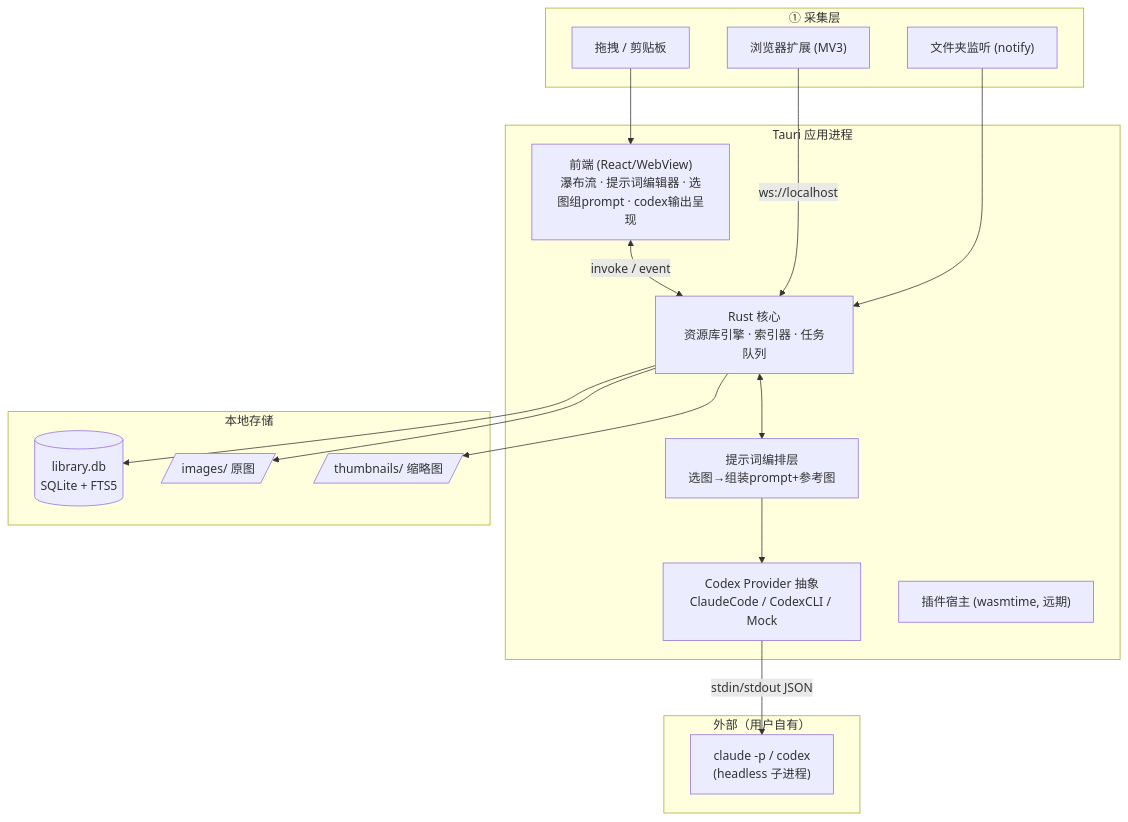
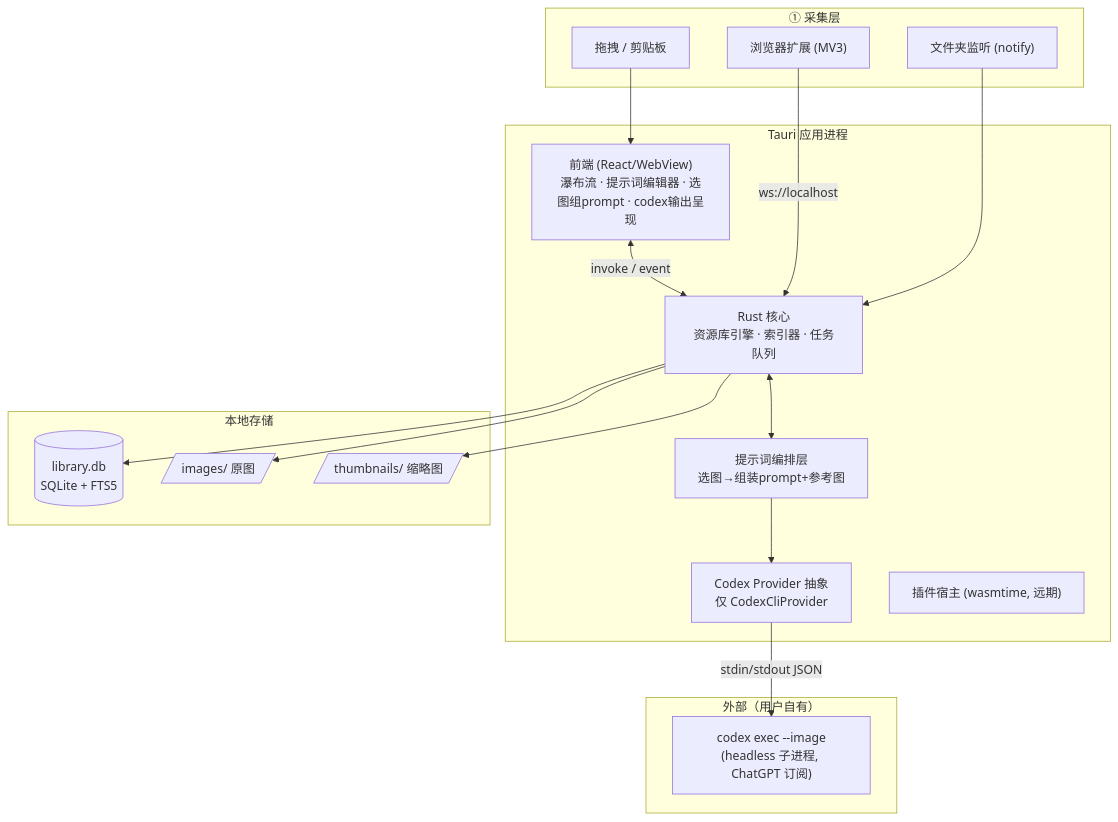
One commit to hohohin/Bowerbird changed the first of 3 diagrams in Bowerbird开发计划.md. Above: the diagram before and after it, drawn with Mermaid. The commit also changed other lines of this file and 21 other files, not shown here.

First line of the commit message:
存档：创作板 UI 落地（真实文本编辑器 + @ 选图 + 维度 chips 来自图片 sections）+ 反推 caption sections 结构化 + 多维度序列化修复

````diff
--- a/Bowerbird开发计划.md
+++ b/Bowerbird开发计划.md
@@ -140,35 +151,35 @@
 ```mermaid
 flowchart TB
     subgraph Collect["① 采集层"]
         EXT["浏览器扩展 (MV3)"]
         DRAG["拖拽 / 剪贴板"]
         WATCH["文件夹监听 (notify)"]
     end
 
     subgraph TauriApp["Tauri 应用进程"]
         WEBVIEW["前端 (React/WebView)<br/>瀑布流 · 提示词编辑器 · 选图组prompt · codex输出呈现"]
         CORE["Rust 核心<br/>资源库引擎 · 索引器 · 任务队列"]
         PROMPT["提示词编排层<br/>选图→组装prompt+参考图"]
-        CODEX["Codex Provider 抽象<br/>ClaudeCode / CodexCLI / Mock"]
+        CODEX["Codex Provider 抽象<br/>仅 CodexCliProvider"]
         PLG["插件宿主 (wasmtime, 远期)"]
         WEBVIEW <-->|invoke / event| CORE
         CORE <--> PROMPT
         PROMPT --> CODEX
     end
 
     subgraph External["外部（用户自有）"]
-        CLI["claude -p / codex<br/>(headless 子进程)"]
+        CLI["codex exec --image<br/>(headless 子进程, ChatGPT 订阅)"]
     end
 
     subgraph Storage["本地存储"]
         DB[("library.db<br/>SQLite + FTS5")]
         IMG[/"images/ 原图"/]
         THM[/"thumbnails/ 缩略图"/]
     end
 
     EXT -->|ws://localhost| CORE
     DRAG --> WEBVIEW
     WATCH --> CORE
     CORE --> DB & IMG & THM
     CODEX -->|stdin/stdout JSON| CLI
 ```
````
